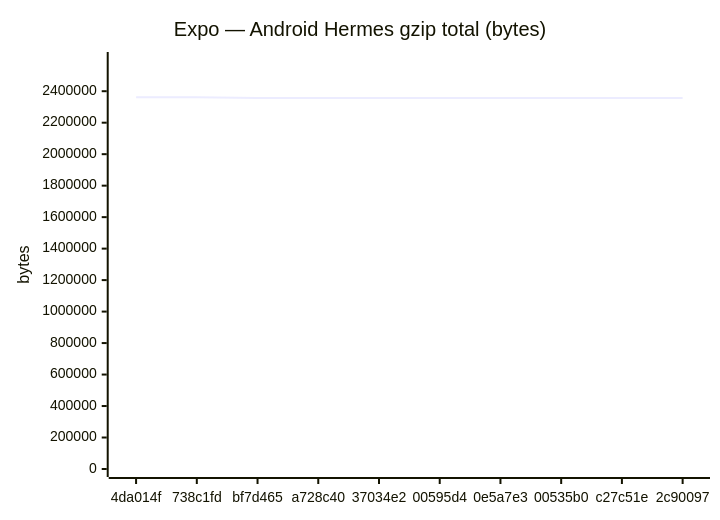
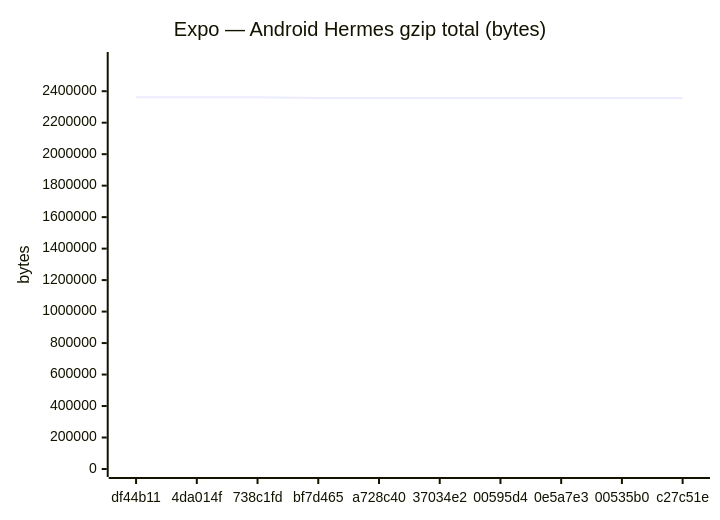
Before and after one commit to Metaheurist/Rianell: the seventh of 24 diagrams in benchmarks/compare.md, drawn with Mermaid. The commit also changed other lines of this file and 12 other files, not shown here.

````diff
--- a/benchmarks/compare.md
+++ b/benchmarks/compare.md
@@ -116,7 +116,7 @@
 ```mermaid
 xychart-beta
     title "Expo — Android Hermes gzip total (bytes)"
-    x-axis ["4da014f", "738c1fd", "bf7d465", "a728c40", "37034e2", "00595d4", "0e5a7e3", "00535b0", "c27c51e", "2c90097"]
+    x-axis ["df44b11", "4da014f", "738c1fd", "bf7d465", "a728c40", "37034e2", "00595d4", "0e5a7e3", "00535b0", "c27c51e"]
     y-axis "bytes" 0 --> 2598253
-    line [2362048, 2362047, 2356686, 2356685, 2356472, 2356474, 2356472, 2356301, 2356304, 2356302]
+    line [2362047, 2362048, 2362047, 2356686, 2356685, 2356472, 2356474, 2356472, 2356301, 2356304]
 ```
````
